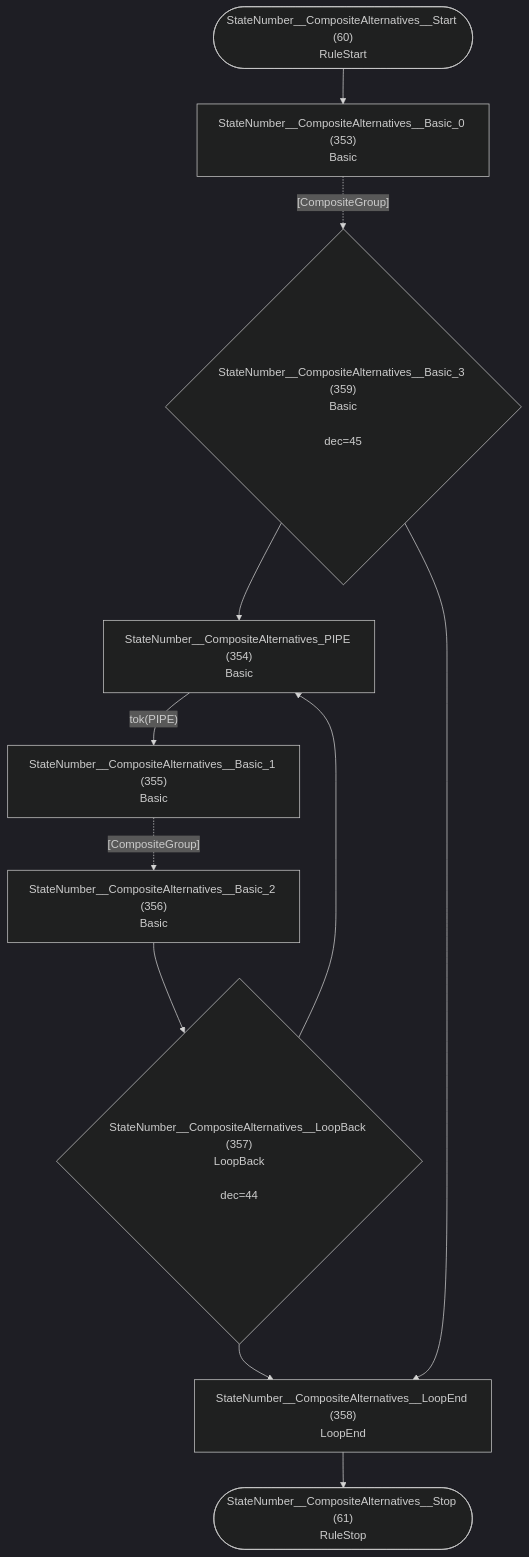
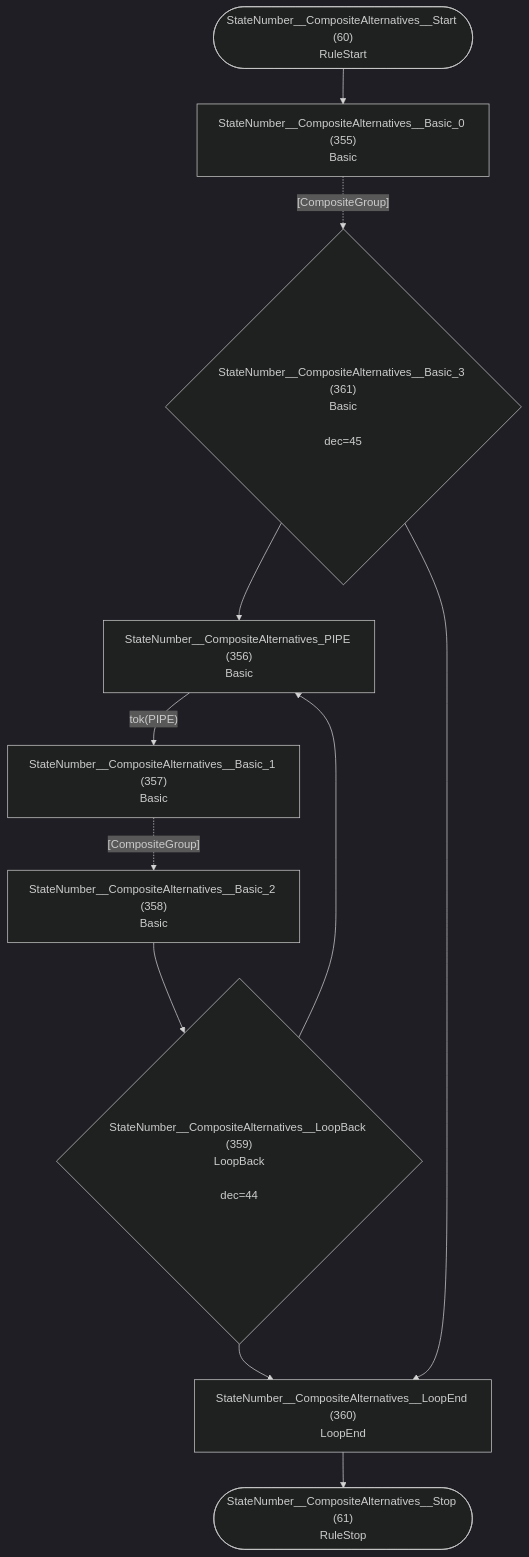
One commit to TypeFox/fastbelt changed diagram 31 of 33 in internal/grammar/atn.md. Above: the diagram before and after it, drawn with Mermaid (dark theme). The commit also changed other lines of this file and 6 other files, not shown here.

````diff
--- a/internal/grammar/atn.md
+++ b/internal/grammar/atn.md
@@ -939,23 +944,23 @@
 ```mermaid
 flowchart TD
     q60(["StateNumber__CompositeAlternatives__Start (60)<br/>RuleStart"])
     q61(["StateNumber__CompositeAlternatives__Stop (61)<br/>RuleStop"])
-    q353["StateNumber__CompositeAlternatives__Basic_0 (353)<br/>Basic<br/>"]
-    q354["StateNumber__CompositeAlternatives_PIPE (354)<br/>Basic<br/>"]
-    q355["StateNumber__CompositeAlternatives__Basic_1 (355)<br/>Basic<br/>"]
-    q356["StateNumber__CompositeAlternatives__Basic_2 (356)<br/>Basic<br/>"]
-    q357{"StateNumber__CompositeAlternatives__LoopBack (357)<br/>LoopBack<br/><br/>dec=44"}
-    q358["StateNumber__CompositeAlternatives__LoopEnd (358)<br/>LoopEnd<br/>"]
-    q359{"StateNumber__CompositeAlternatives__Basic_3 (359)<br/>Basic<br/><br/>dec=45"}
+    q355["StateNumber__CompositeAlternatives__Basic_0 (355)<br/>Basic<br/>"]
+    q356["StateNumber__CompositeAlternatives_PIPE (356)<br/>Basic<br/>"]
+    q357["StateNumber__CompositeAlternatives__Basic_1 (357)<br/>Basic<br/>"]
+    q358["StateNumber__CompositeAlternatives__Basic_2 (358)<br/>Basic<br/>"]
+    q359{"StateNumber__CompositeAlternatives__LoopBack (359)<br/>LoopBack<br/><br/>dec=44"}
+    q360["StateNumber__CompositeAlternatives__LoopEnd (360)<br/>LoopEnd<br/>"]
+    q361{"StateNumber__CompositeAlternatives__Basic_3 (361)<br/>Basic<br/><br/>dec=45"}
 
-    q60 --> q353
-    q353 -.->|"[CompositeGroup]"| q359
-    q354 -->|"tok(PIPE)"| q355
-    q355 -.->|"[CompositeGroup]"| q356
-    q356 --> q357
-    q357 --> q354
-    q357 --> q358
-    q358 --> q61
-    q359 --> q354
-    q359 --> q358
+    q60 --> q355
+    q355 -.->|"[CompositeGroup]"| q361
+    q356 -->|"tok(PIPE)"| q357
+    q357 -.->|"[CompositeGroup]"| q358
+    q358 --> q359
+    q359 --> q356
+    q359 --> q360
+    q360 --> q61
+    q361 --> q356
+    q361 --> q360
 ```
````
